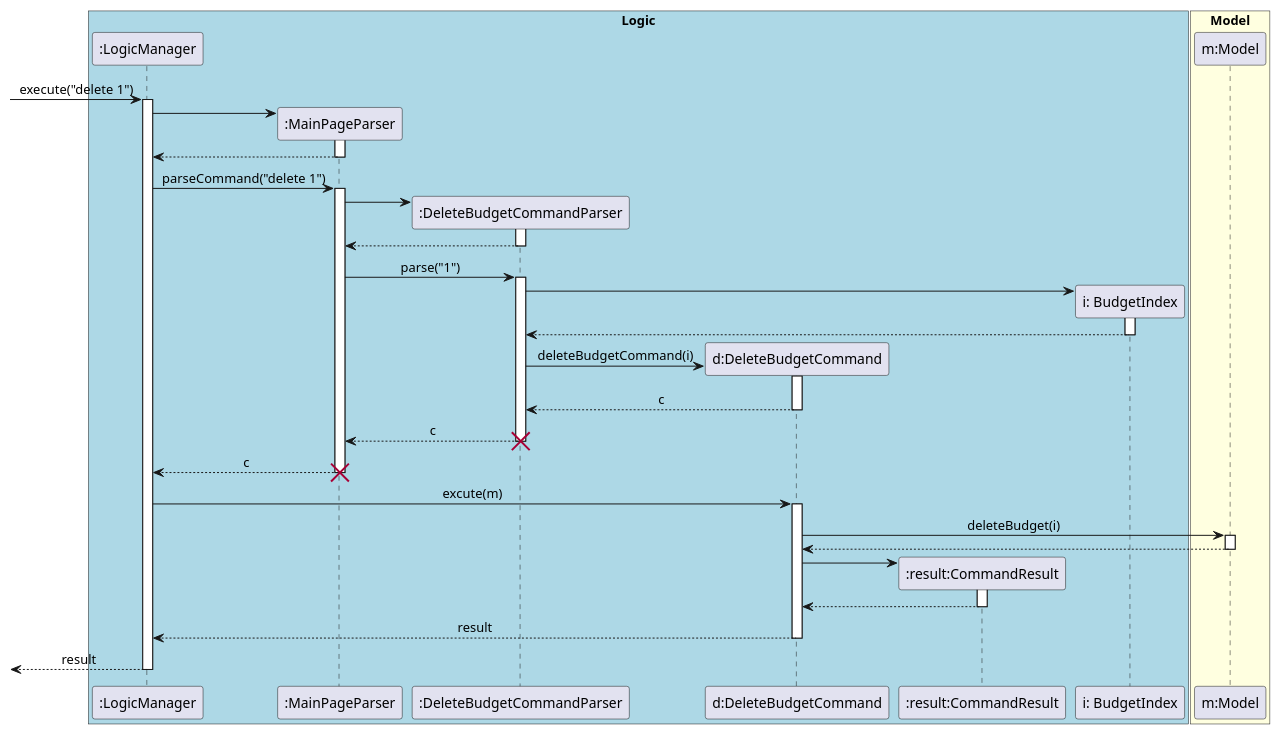
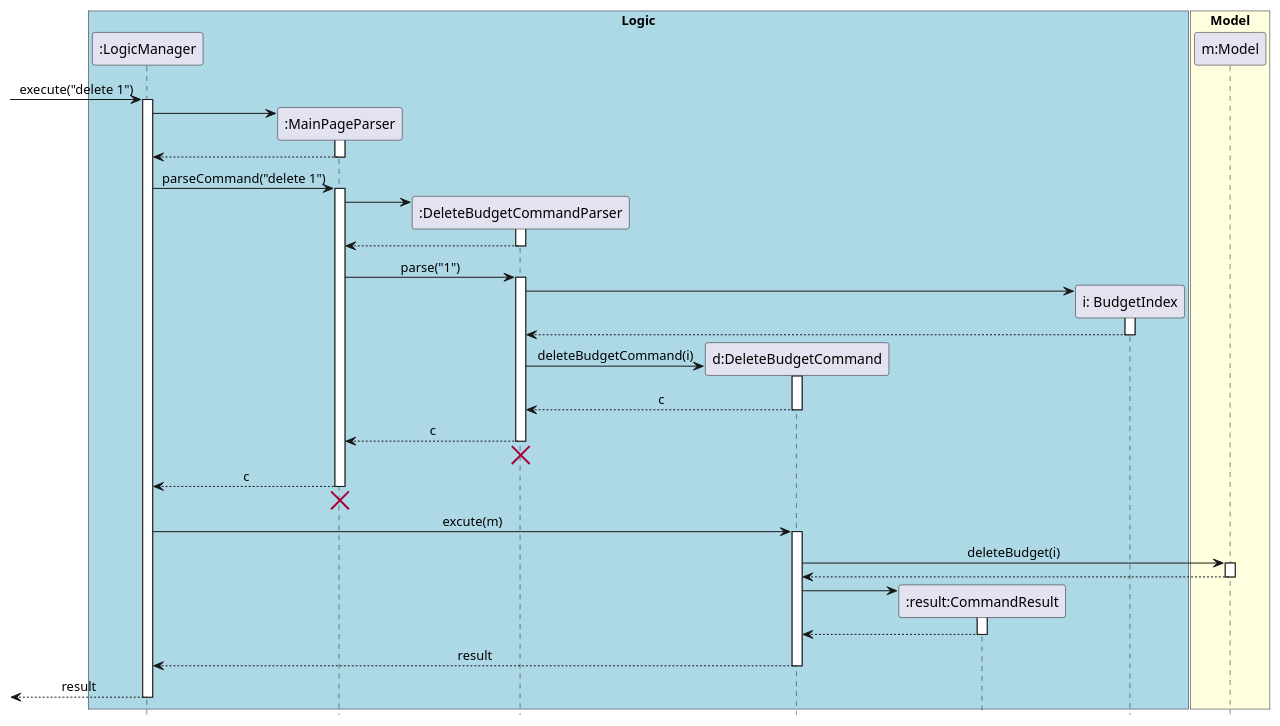
The diagram in docs/diagrams/commandsPlantUML/DeleteBudgetCommand.puml (yu-ming-chen/tp), drawn with PlantUML before and after one commit. The commit also changed 10 other files, not shown here.

```diff
--- a/docs/diagrams/commandsPlantUML/DeleteBudgetCommand.puml
+++ b/docs/diagrams/commandsPlantUML/DeleteBudgetCommand.puml
@@ -1,73 +1,78 @@
 @startuml
 skinparam Sequence {
     MessageAlign center
 }
+hide footbox
 box "Logic" #LightBlue
 participant ":LogicManager" as LM
 participant ":MainPageParser" as MPP
 participant ":DeleteBudgetCommandParser" as DBCP
 participant "d:DeleteBudgetCommand" as DBC
 participant ":result:CommandResult" as CR
 participant "i: BudgetIndex" as BI
 
 end box
 
 box "Model" #LightYellow
 participant "m:Model" as M
 end box
 
 [-> LM : execute("delete 1")
 activate LM
 create MPP
 LM -> MPP
 activate MPP
 LM <-- MPP
 deactivate MPP
 LM -> MPP : parseCommand("delete 1")
 activate MPP
 
 create DBCP
 MPP -> DBCP
 activate DBCP
 MPP <-- DBCP
 deactivate DBCP
 MPP -> DBCP : parse("1")
 activate DBCP
 
 create BI
 DBCP -> BI
 activate BI
 DBCP <-- BI
 deactivate BI
 
 create DBC
 DBCP -> DBC : deleteBudgetCommand(i)
 activate DBC
 DBCP <-- DBC : c
 deactivate DBC
 MPP <-- DBCP : c
 deactivate DBCP
+MPP <-[hidden]- DBCP
 destroy DBCP
+
+
 LM <-- MPP : c
 deactivate MPP
+LM <-[hidden]- MPP
 destroy MPP
 
 LM -> DBC : excute(m)
 activate DBC
 DBC -> M : deleteBudget(i)
 activate M
 DBC <-- M
 deactivate M
 
 create CR
 DBC -> CR
 activate CR
 DBC <-- CR
 deactivate CR
 
 LM <-- DBC : result
 deactivate DBC
 [<-- LM : result
 deactivate LM
 
 @enduml
```
